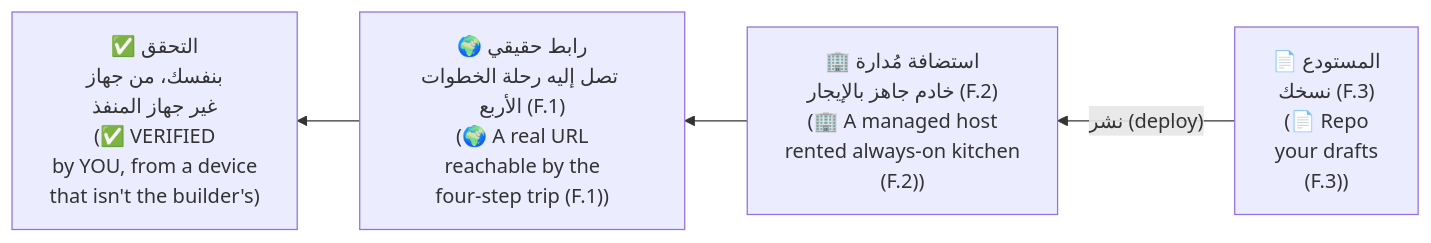
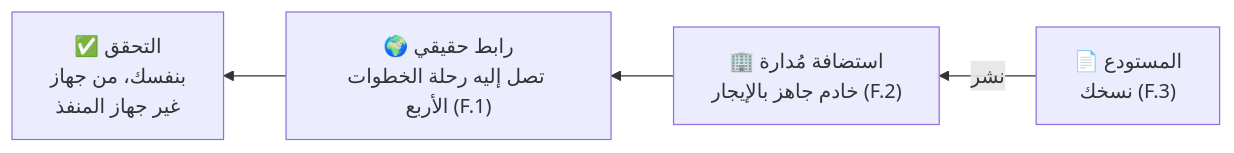
The seventh of 7 diagrams in modules/00-foundations/foundations.ar.md (Tamoura/system-design-for-vibe-coders), drawn with Mermaid before and after one commit. The commit also changed other lines of this file and 551 other files, not shown here.

````diff
--- a/modules/00-foundations/foundations.ar.md
+++ b/modules/00-foundations/foundations.ar.md
@@ -343,6 +354,6 @@
 ```mermaid
 flowchart RL
-    R["📄 المستودع<br/>نسخك (F.3)<br/>(📄 Repo<br/>your drafts<br/>(F.3))"] -->|"نشر (deploy)"| H["🏢 استضافة مُدارة<br/>خادم جاهز بالإيجار (F.2)<br/>(🏢 A managed host<br/>rented always-on kitchen<br/>(F.2))"]
-    H --> U["🌍 رابط حقيقي<br/>تصل إليه رحلة الخطوات الأربع (F.1)<br/>(🌍 A real URL<br/>reachable by the<br/>four-step trip (F.1))"]
-    U --> V["✅ التحقق<br/>بنفسك، من جهاز<br/>غير جهاز المنفذ<br/>(✅ VERIFIED<br/>by YOU, from a device<br/>that isn't the builder's)"]
+    R["📄 المستودع<br/>نسخك (F.3)"] -->|"نشر"| H["🏢 استضافة مُدارة<br/>خادم جاهز بالإيجار (F.2)"]
+    H --> U["🌍 رابط حقيقي<br/>تصل إليه رحلة الخطوات الأربع (F.1)"]
+    U --> V["✅ التحقق<br/>بنفسك، من جهاز<br/>غير جهاز المنفذ"]
 ```
````
